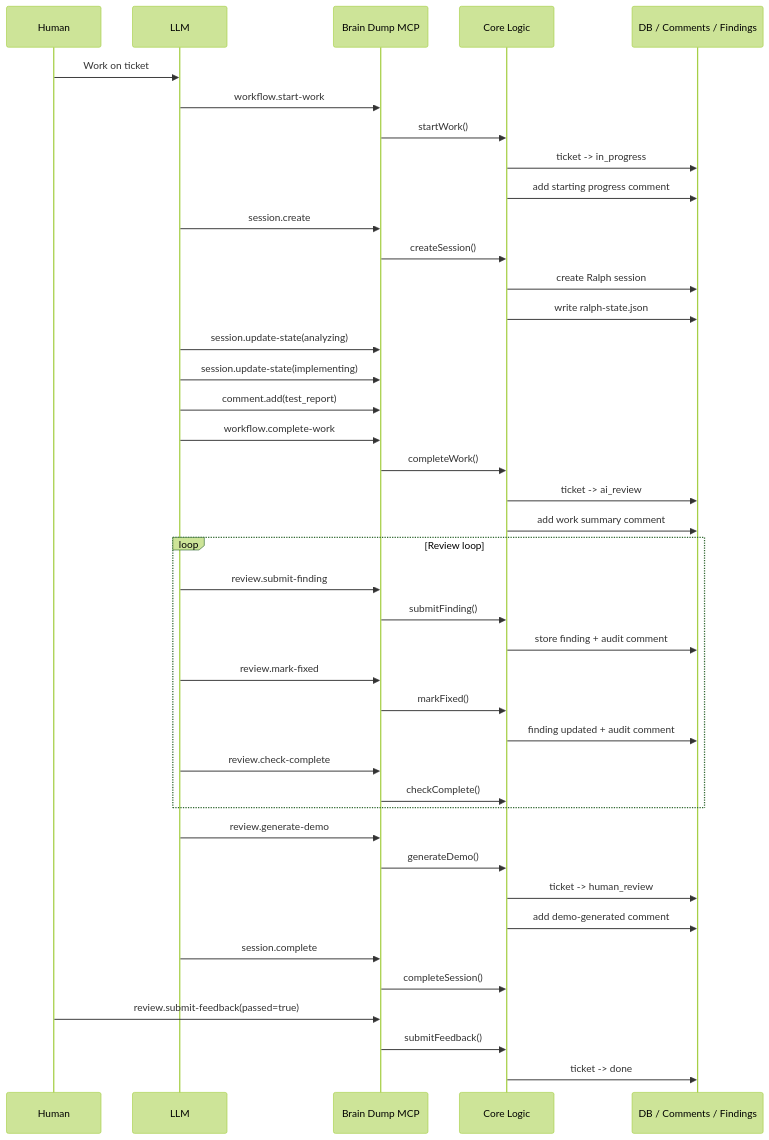
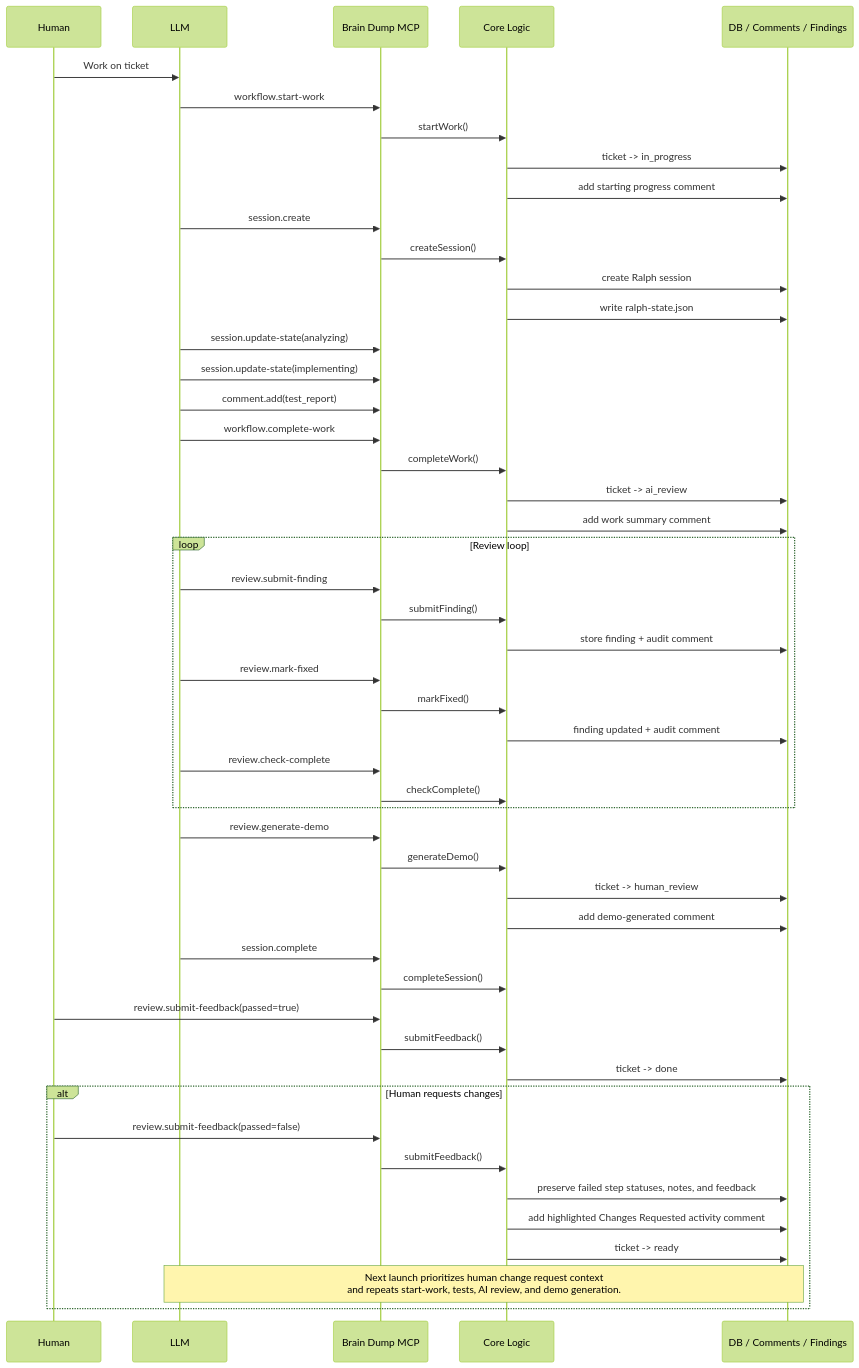
The fifth of 14 diagrams in docs/universal-quality-workflow-per-provider-diagrams.md (salmanrrana/brain-dump), drawn with Mermaid (forest theme) before and after one commit. The commit also changed other lines of this file and 2 other files, not shown here.

Commit message:
feat(d1900aeb): document human review rework loop

````diff
--- a/docs/universal-quality-workflow-per-provider-diagrams.md
+++ b/docs/universal-quality-workflow-per-provider-diagrams.md
@@ -188,51 +194,60 @@
 ```mermaid
 sequenceDiagram
     participant Human
     participant LLM
     participant MCP as Brain Dump MCP
     participant Core as Core Logic
     participant DB as DB / Comments / Findings
 
     Human->>LLM: Work on ticket
     LLM->>MCP: workflow.start-work
     MCP->>Core: startWork()
     Core->>DB: ticket -> in_progress
     Core->>DB: add starting progress comment
 
     LLM->>MCP: session.create
     MCP->>Core: createSession()
     Core->>DB: create Ralph session
     Core->>DB: write ralph-state.json
 
     LLM->>MCP: session.update-state(analyzing)
     LLM->>MCP: session.update-state(implementing)
     LLM->>MCP: comment.add(test_report)
 
     LLM->>MCP: workflow.complete-work
     MCP->>Core: completeWork()
     Core->>DB: ticket -> ai_review
     Core->>DB: add work summary comment
 
     loop Review loop
         LLM->>MCP: review.submit-finding
         MCP->>Core: submitFinding()
         Core->>DB: store finding + audit comment
         LLM->>MCP: review.mark-fixed
         MCP->>Core: markFixed()
         Core->>DB: finding updated + audit comment
         LLM->>MCP: review.check-complete
         MCP->>Core: checkComplete()
     end
 
     LLM->>MCP: review.generate-demo
     MCP->>Core: generateDemo()
     Core->>DB: ticket -> human_review
     Core->>DB: add demo-generated comment
 
     LLM->>MCP: session.complete
     MCP->>Core: completeSession()
 
     Human->>MCP: review.submit-feedback(passed=true)
     MCP->>Core: submitFeedback()
     Core->>DB: ticket -> done
+
+    alt Human requests changes
+        Human->>MCP: review.submit-feedback(passed=false)
+        MCP->>Core: submitFeedback()
+        Core->>DB: preserve failed step statuses, notes, and feedback
+        Core->>DB: add highlighted Changes Requested activity comment
+        Core->>DB: ticket -> ready
+        Note over LLM,DB: Next launch prioritizes human change request context<br/>and repeats start-work, tests, AI review, and demo generation.
+    end
 ```
````
